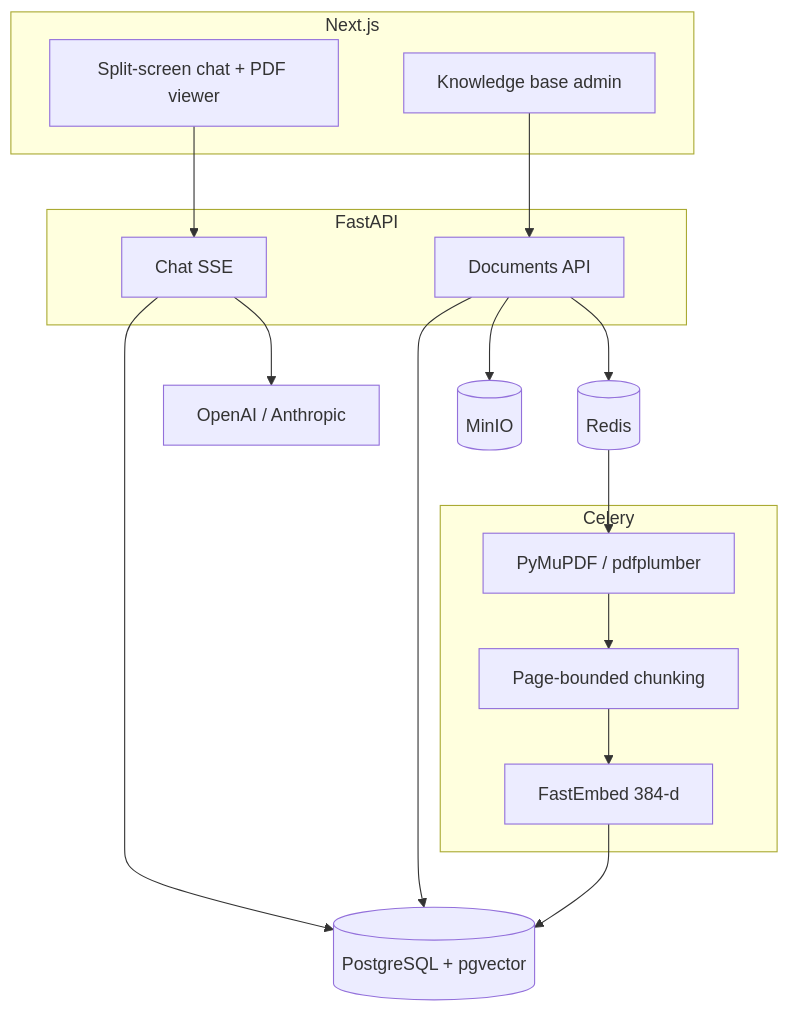
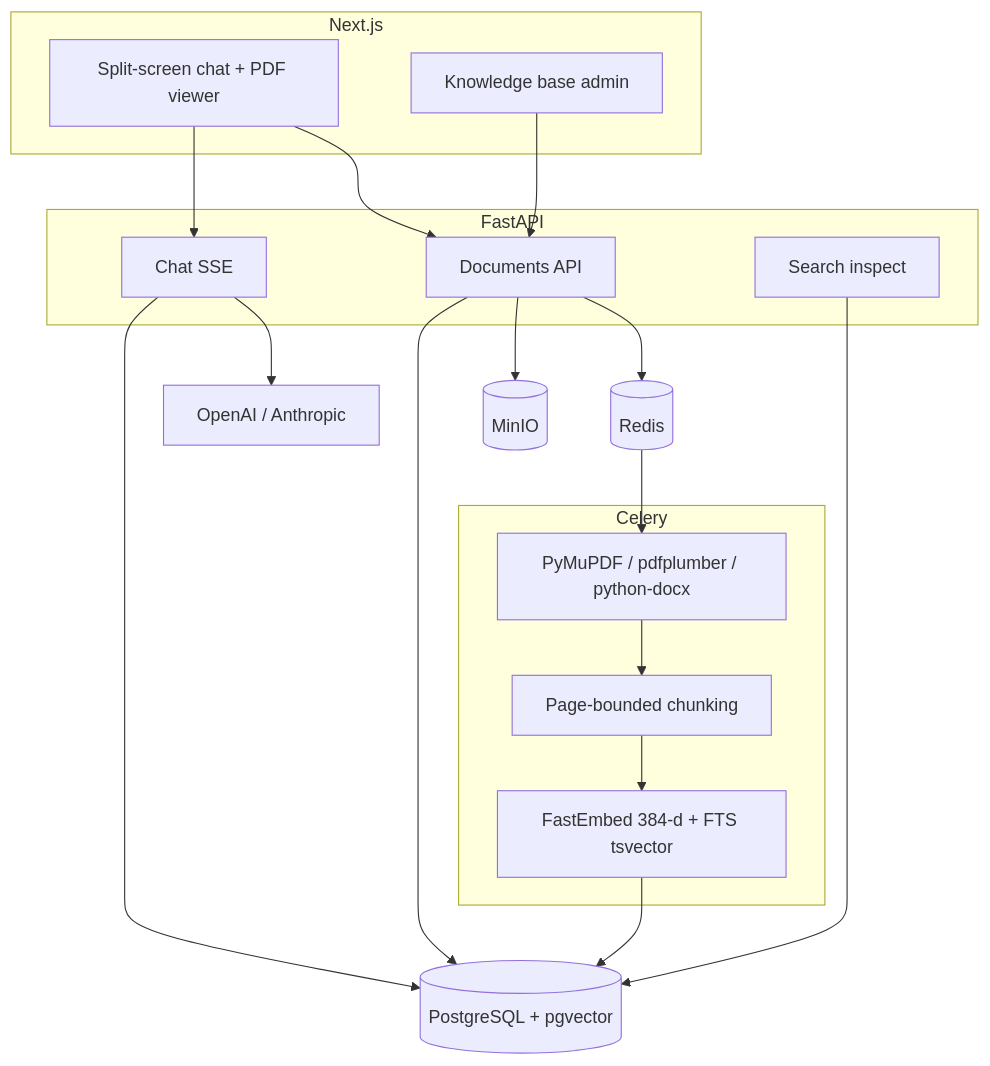
One commit to vladweat/docwise changed the diagram in README.md. Above: the diagram before and after it, drawn with Mermaid. The commit also changed other lines of this file and 59 other files, not shown here.

````diff
--- a/README.md
+++ b/README.md
@@ -24,33 +29,36 @@
 ```mermaid
 flowchart TB
   subgraph client [Next.js]
     UI[Split-screen chat + PDF viewer]
     Admin[Knowledge base admin]
   end
 
   subgraph api [FastAPI]
     Upload[Documents API]
     Chat[Chat SSE]
+    Inspect[Search inspect]
   end
 
   subgraph worker [Celery]
-    Parse[PyMuPDF / pdfplumber]
+    Parse[PyMuPDF / pdfplumber / python-docx]
     Chunk[Page-bounded chunking]
-    Embed[FastEmbed 384-d]
+    Embed[FastEmbed 384-d + FTS tsvector]
   end
 
   PG[(PostgreSQL + pgvector)]
   S3[(MinIO)]
   Redis[(Redis)]
   LLM[OpenAI / Anthropic]
 
   UI --> Chat
   Admin --> Upload
   Upload --> PG
   Upload --> S3
   Upload --> Redis
   Redis --> Parse
   Parse --> Chunk --> Embed --> PG
   Chat --> PG
   Chat --> LLM
+  Inspect --> PG
+  UI --> Upload
 ```
````
